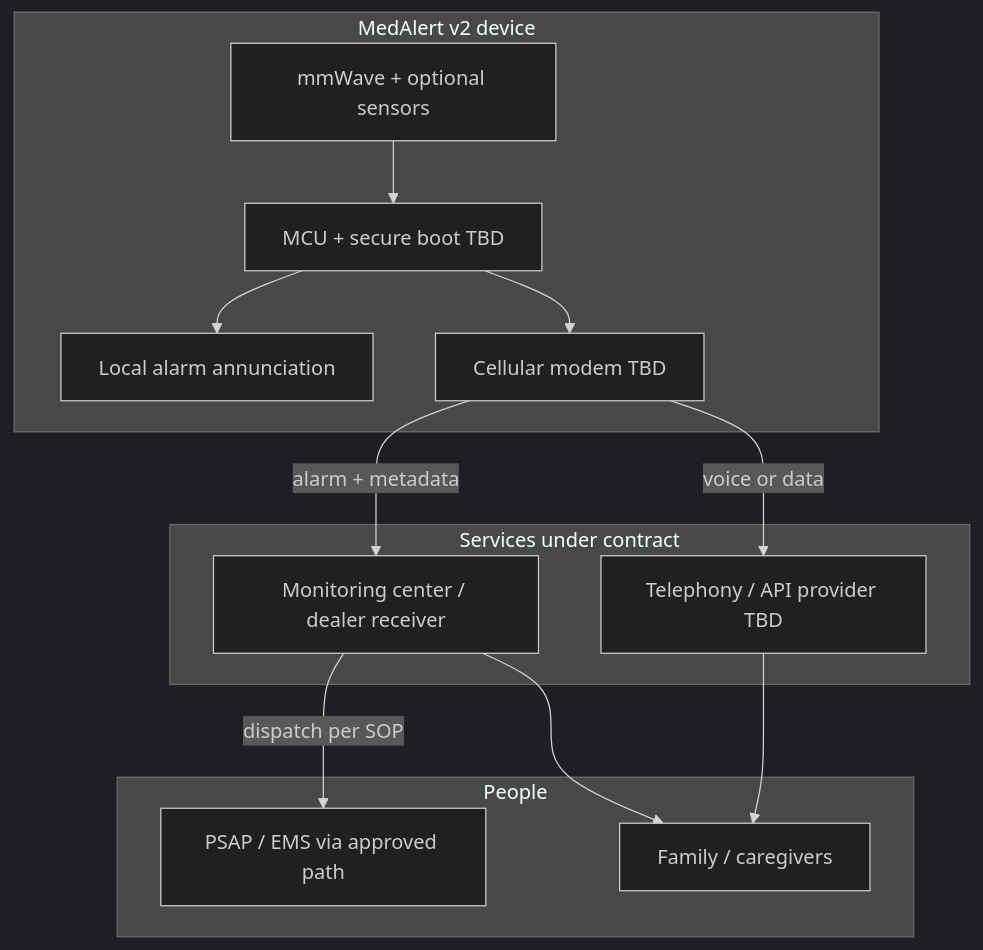
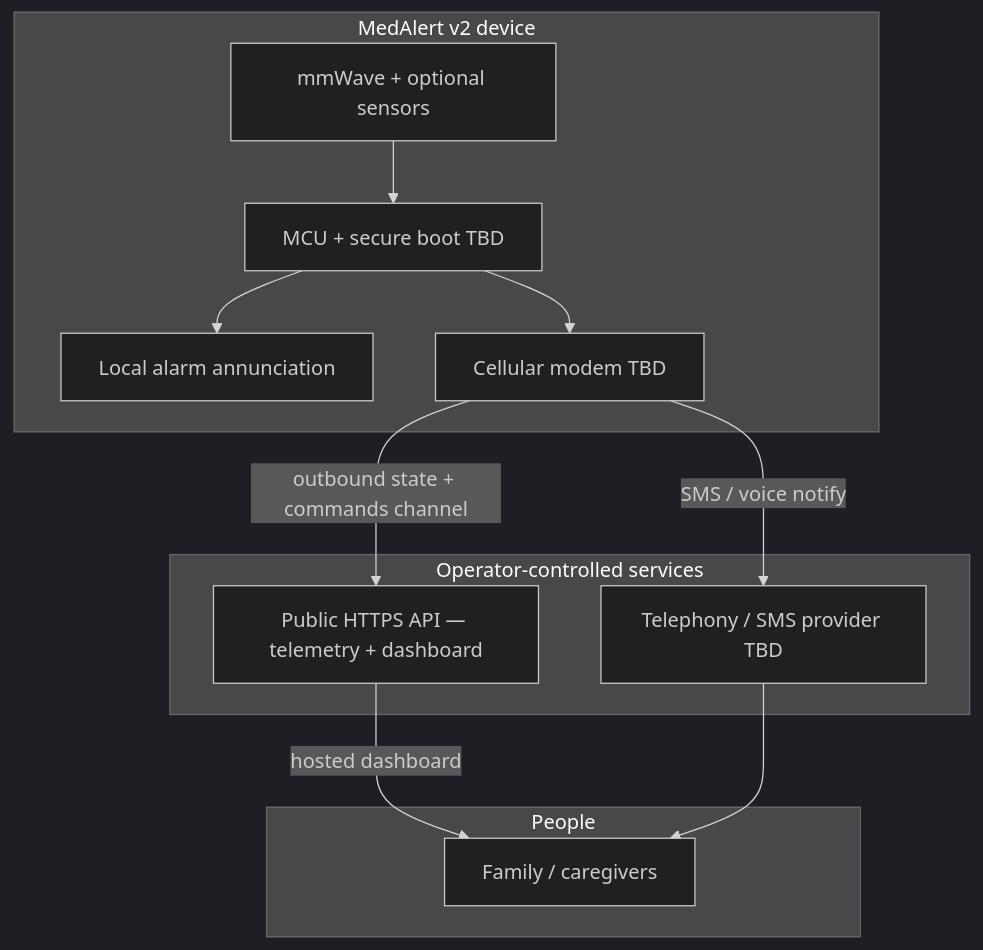
Before and after one commit to stephenvowell/med-alert-prototype: the diagram in docs/V2-ROADMAP.md, drawn with Mermaid (dark theme). The commit also changed other lines of this file and 14 other files, not shown here.

First line of the commit message:
feat: SMS opt-in, WiFi/portal hardening, USB serial, and roadmap updates

````diff
--- a/docs/V2-ROADMAP.md
+++ b/docs/V2-ROADMAP.md
@@ -44,28 +46,26 @@
 ```mermaid
 flowchart TB
   subgraph device [MedAlert v2 device]
     SENS[mmWave + optional sensors]
     MCU[MCU + secure boot TBD]
     LOC[Local alarm annunciation]
     CELL[Cellular modem TBD]
     SENS --> MCU
     MCU --> LOC
     MCU --> CELL
   end
 
-  subgraph cloud [Services under contract]
-    MON[Monitoring center / dealer receiver]
-    TEL[Telephony / API provider TBD]
+  subgraph cloud [Operator-controlled services]
+    API[Public HTTPS API — telemetry + dashboard]
+    TEL[Telephony / SMS provider TBD]
   end
 
   subgraph people [People]
     FAM[Family / caregivers]
-    EMS[PSAP / EMS via approved path]
   end
 
-  CELL -->|alarm + metadata| MON
-  CELL -->|voice or data| TEL
-  MON -->|dispatch per SOP| EMS
-  MON --> FAM
+  CELL -->|outbound state + commands channel| API
+  CELL -->|SMS / voice notify| TEL
+  API -->|hosted dashboard| FAM
   TEL --> FAM
 ```
````
